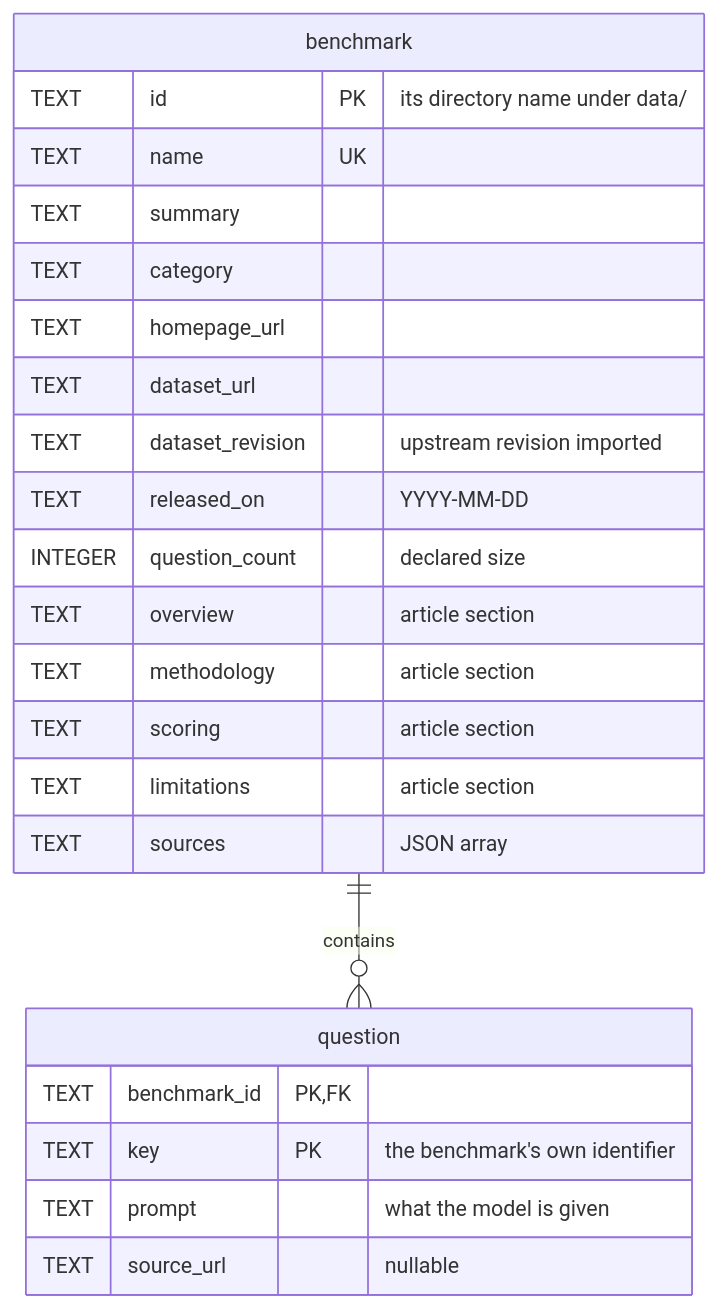
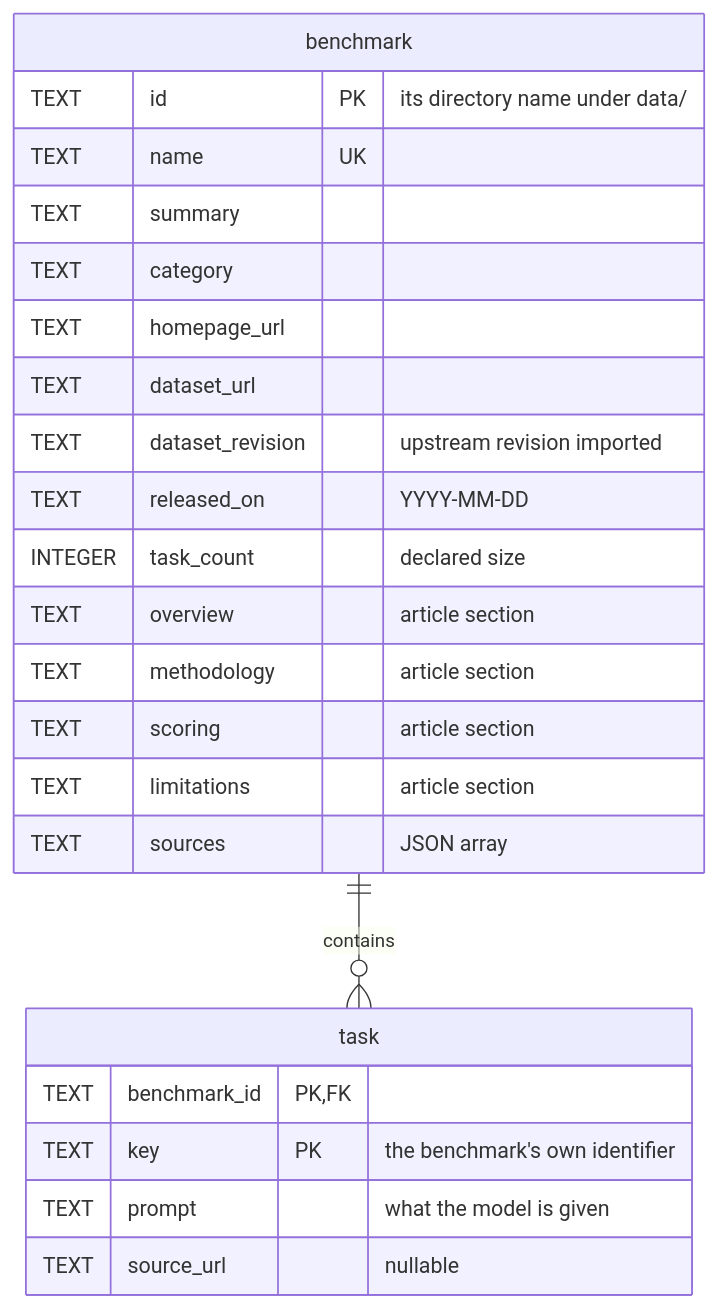
One commit to khooeee/benchopedia changed the diagram in README.md. Above: the diagram before and after it, drawn with Mermaid. The commit also changed other lines of this file and 13 other files, not shown here.

````diff
--- a/README.md
+++ b/README.md
@@ -21,27 +21,27 @@
 ```mermaid
 erDiagram
-    benchmark ||--o{ question : contains
+    benchmark ||--o{ task : contains
 
     benchmark {
         TEXT id PK "its directory name under data/"
         TEXT name UK
         TEXT summary
         TEXT category
         TEXT homepage_url
         TEXT dataset_url
         TEXT dataset_revision "upstream revision imported"
         TEXT released_on "YYYY-MM-DD"
-        INTEGER question_count "declared size"
+        INTEGER task_count "declared size"
         TEXT overview "article section"
         TEXT methodology "article section"
         TEXT scoring "article section"
         TEXT limitations "article section"
         TEXT sources "JSON array"
     }
-    question {
+    task {
         TEXT benchmark_id PK, FK
         TEXT key PK "the benchmark's own identifier"
         TEXT prompt "what the model is given"
         TEXT source_url "nullable"
     }
 ```
````
